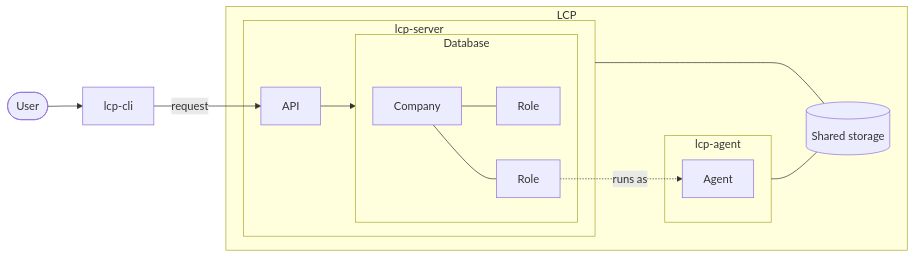
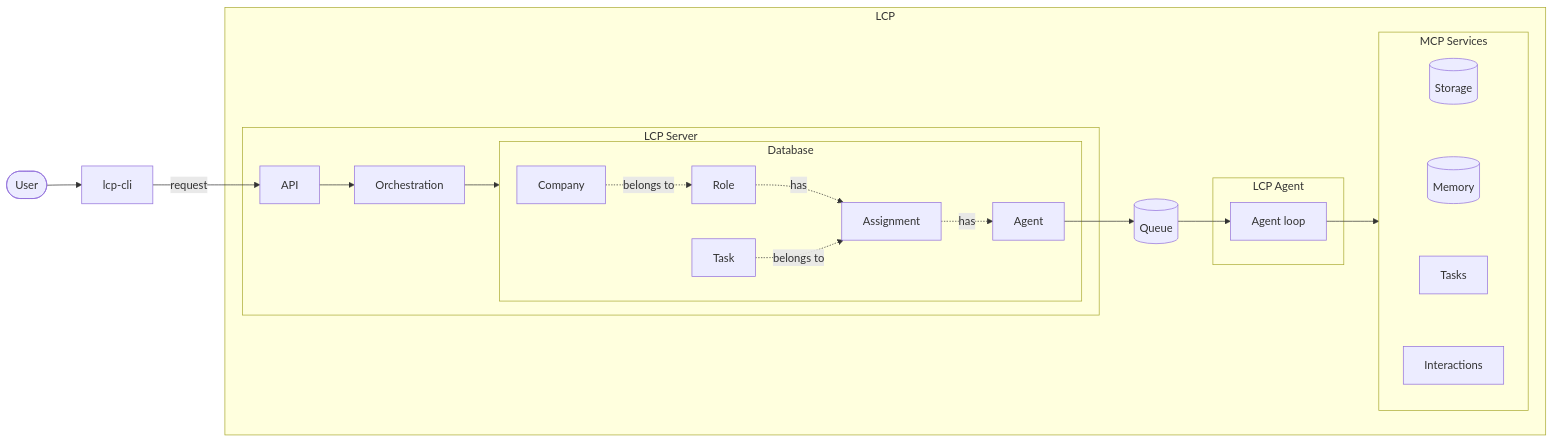
One commit to instantiator/tcp-server changed the first of 4 diagrams in README.md. Above: the diagram before and after it, drawn with Mermaid. The commit also changed other lines of this file and 2 other files, not shown here.

````diff
--- a/README.md
+++ b/README.md
@@ -28,32 +28,44 @@
 ```mermaid
 flowchart LR
   User(["User"])
   CLI["lcp-cli"]
 
   subgraph LCP["LCP"]
-    subgraph Server["lcp-server"]
+    subgraph Server["LCP Server"]
       API["API"]
       subgraph DB["Database"]
         Company["Company"]
-        Role1["Role"]
-        Role2["Role"]
-        Company --- Role1
-        Company --- Role2
+        Role["Role"]
+        Assignment["Assignment"]
+        Agent["Agent"]
+        Task["Task"]
+        Company -.->|belongs to| Role
+        Role -.->|has| Assignment
+        Task -.->|belongs to| Assignment
+        Assignment -.->|has| Agent
       end
-      API --> DB
+      API --> Orchestration
+      Orchestration --> DB
     end
 
-    subgraph AgentSvc["lcp-agent"]
-      Agent["Agent"]
+    subgraph AgentSvc["LCP Agent"]
+      AgentLoop["Agent loop"]
     end
 
-    Storage[("Shared storage")]
+    subgraph Services["MCP Services"]
+      direction TB
+      Storage[("Storage")]
+      Memory[("Memory")]
+      Tasks["Tasks"]
+      Interactions["Interactions"]
+      Storage ~~~ Memory ~~~ Tasks ~~~ Interactions
+    end
 
-    Server --- Storage
-    AgentSvc --- Storage
+    AgentLoop --> Services
+      Agent --> Queue[("Queue")]
   end
 
   User --> CLI
   CLI -->|request| API
-  Role1 -.->|runs as| Agent
+  Queue --> AgentLoop
 ```
````
